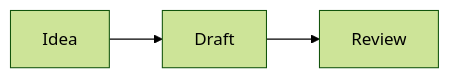
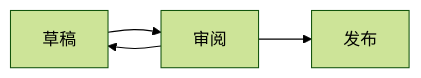
Before and after one commit to lyonbrown4d/marklab: the diagram in resources/workspace-guide/zh-CN/User Guide/06-More-Tools.md, drawn with Mermaid (forest theme). The commit also changed other lines of this file and 17 other files, not shown here.

````diff
--- a/resources/workspace-guide/zh-CN/User Guide/06-More-Tools.md
+++ b/resources/workspace-guide/zh-CN/User Guide/06-More-Tools.md
@@ -16,5 +10,6 @@
 ```mermaid
 flowchart LR
-    Idea[Idea] --> Draft[Draft]
-    Draft --> Review[Review]
+    Draft[草稿] --> Review[审阅]
+    Review --> Publish[发布]
+    Review --> Draft
 ```
````
